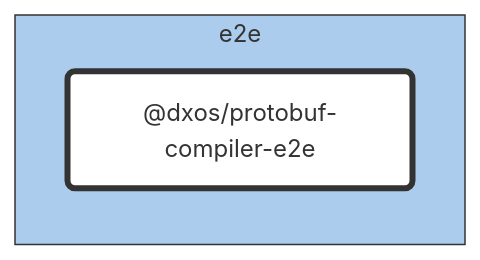
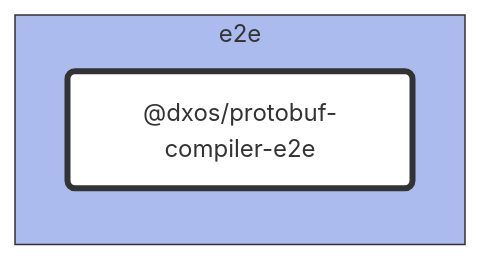
One commit to dxos/dxos changed the diagram in packages/e2e/protobuf-compiler/docs/README.md. Above: the diagram before and after it, drawn with Mermaid. The commit also changed 86 other files, not shown here.

````diff
--- a/packages/e2e/protobuf-compiler/docs/README.md
+++ b/packages/e2e/protobuf-compiler/docs/README.md
@@ -7,20 +7,20 @@
 ```mermaid
 %%{ init: {'flowchart':{'curve':'basis'}} }%%
 
 flowchart LR
 
 %% Classes
 classDef def fill:#fff,stroke:#333,stroke-width:1px
 classDef root fill:#fff,stroke:#333,stroke-width:4px
 
 %% Nodes
 
 subgraph e2e [e2e]
-  style e2e fill:#abcced,stroke:#333
+  style e2e fill:#abbbed,stroke:#333
   dxos/protobuf-compiler-e2e("@dxos/protobuf-compiler-e2e"):::root
   click dxos/protobuf-compiler-e2e "dxos/dxos/tree/main/packages/e2e/protobuf-compiler/docs"
 end
 
 %% Links
 linkStyle default stroke:#333,stroke-width:1px
 ```
````
